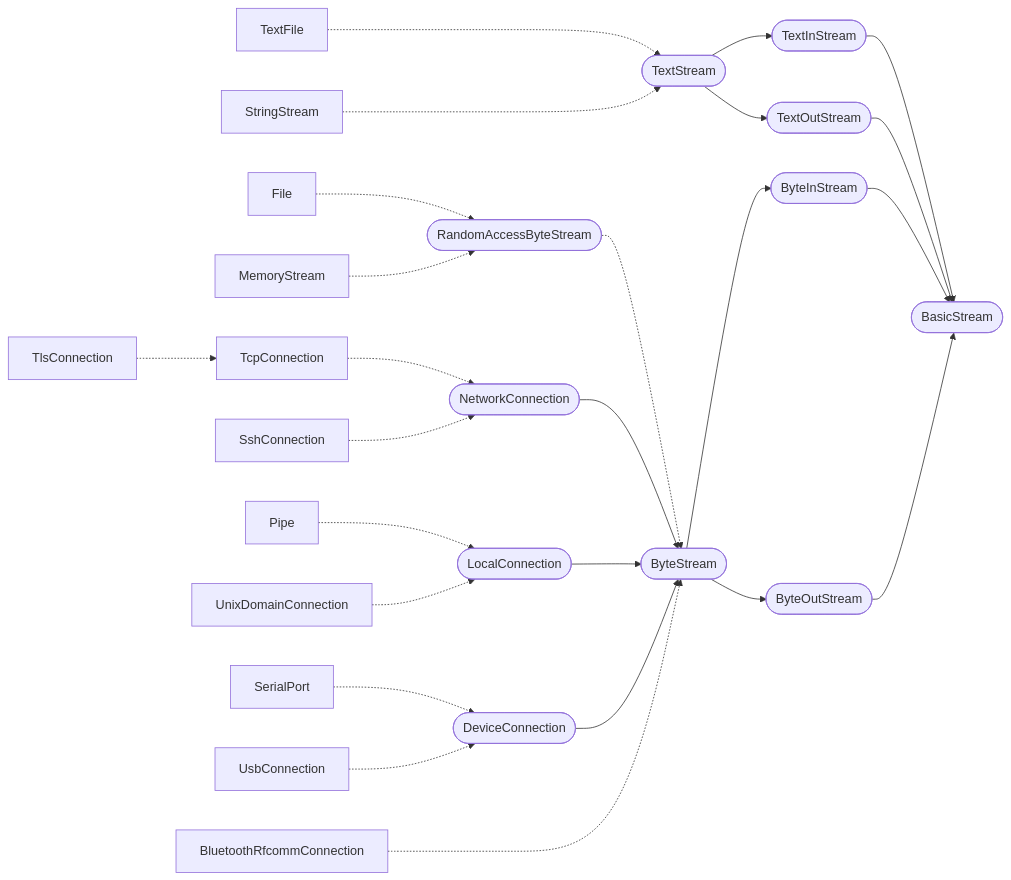
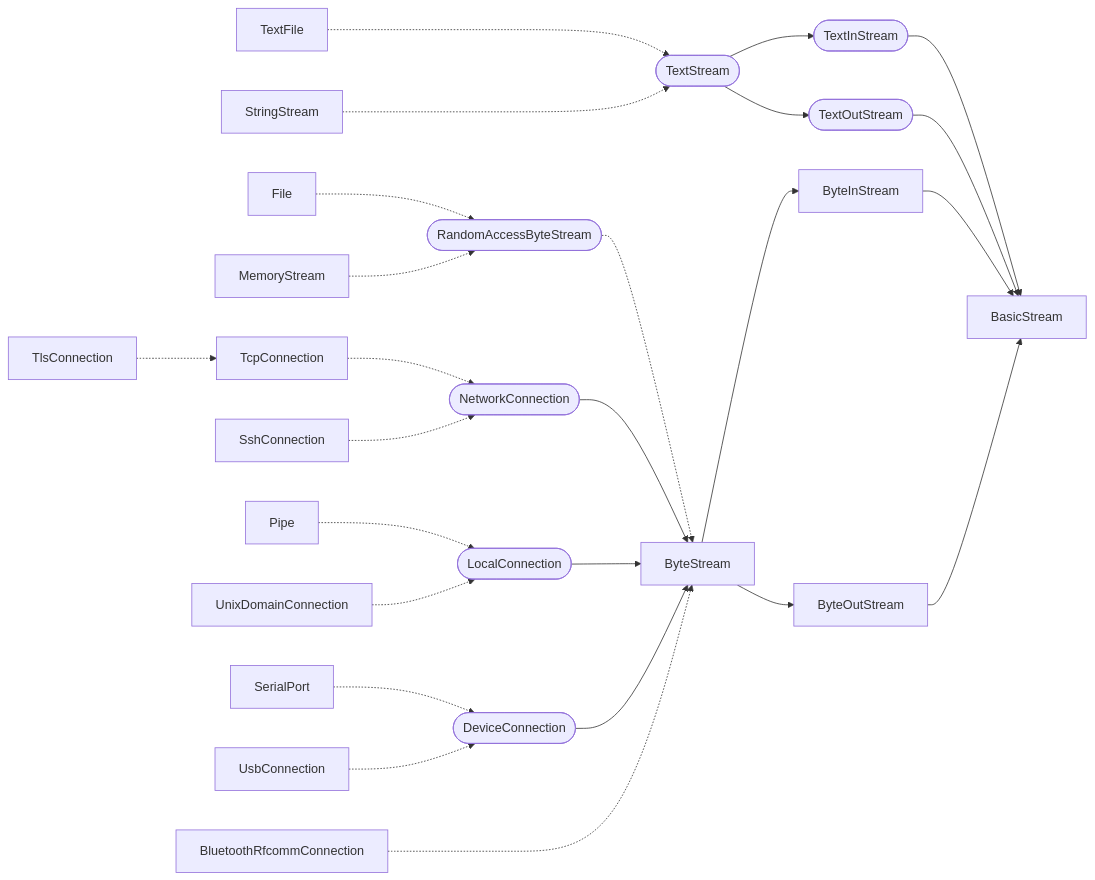
One commit to laro/Cilia changed the diagram in 2 Standard Lib/7 File & Network.md. Above: the diagram before and after it, drawn with Mermaid. The commit also changed other lines of this file and 1 other file, not shown here.

````diff
--- a/2 Standard Lib/7 File & Network.md
+++ b/2 Standard Lib/7 File & Network.md
@@ -190,65 +190,65 @@
 ```mermaid
 flowchart LR
-    BasicStream([BasicStream])
+    BasicStream[BasicStream]
 
     TextStream([TextStream])
     TextInStream([TextInStream])
     TextOutStream([TextOutStream])
 
     TextFile[TextFile]
     StringStream[StringStream]
 
-    ByteStream([ByteStream])
-    ByteInStream([ByteInStream])
-    ByteOutStream([ByteOutStream])
+    ByteStream[ByteStream]
+    ByteInStream[ByteInStream]
+    ByteOutStream[ByteOutStream]
     
     RandomAccessByteStream([RandomAccessByteStream])
     File[File]
     MemoryStream[MemoryStream]
 
     NetworkConnection([NetworkConnection])
     TcpConnection[TcpConnection]
     TlsConnection[TlsConnection]
     SshConnection[SshConnection]
     LocalConnection([LocalConnection])
     Pipe[Pipe]
     UnixDomainConnection[UnixDomainConnection]
     DeviceConnection([DeviceConnection])
     SerialPort[SerialPort]
     UsbConnection[UsbConnection]
     BluetoothRfcommConnection[BluetoothRfcommConnection]
     
     TextFile -..-> TextStream
     StringStream -..-> TextStream
 
     TextStream --> TextInStream
     TextStream --> TextOutStream
 
     TextInStream --> BasicStream
     TextOutStream --> BasicStream
 
     File -.-> RandomAccessByteStream
     MemoryStream -.-> RandomAccessByteStream
     RandomAccessByteStream -.-> ByteStream
 
     NetworkConnection --> ByteStream
     LocalConnection --> ByteStream
     DeviceConnection --> ByteStream
     BluetoothRfcommConnection -..-> ByteStream
     
     TcpConnection -.-> NetworkConnection
     TlsConnection -.-> TcpConnection
     SshConnection -.-> NetworkConnection
     
     Pipe -.-> LocalConnection
     UnixDomainConnection -.-> LocalConnection
     
     SerialPort -.-> DeviceConnection
     UsbConnection -.-> DeviceConnection
     
     ByteStream --> ByteInStream
     ByteStream --> ByteOutStream
 
     ByteInStream --> BasicStream
     ByteOutStream --> BasicStream
 ```
````
